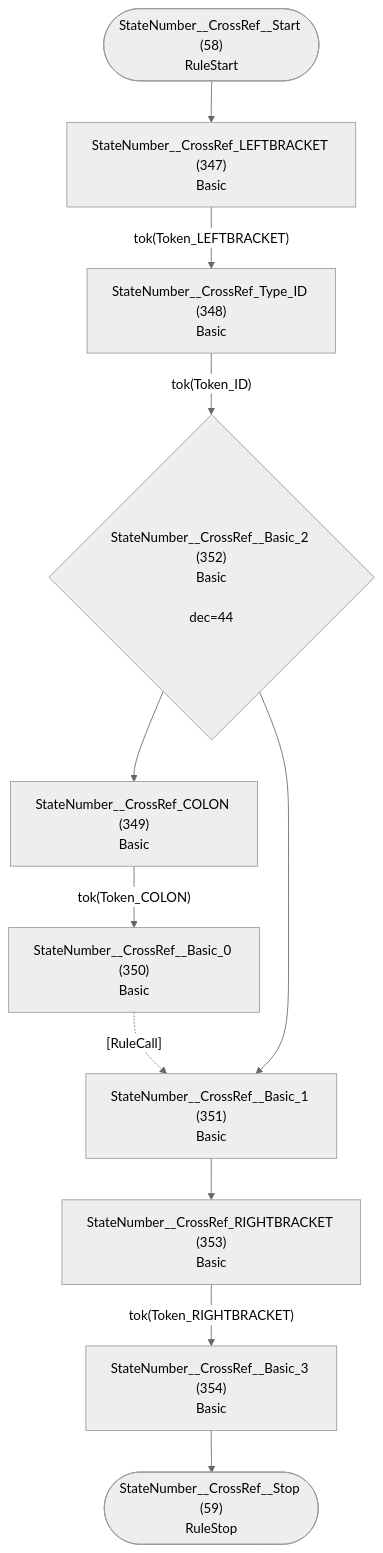
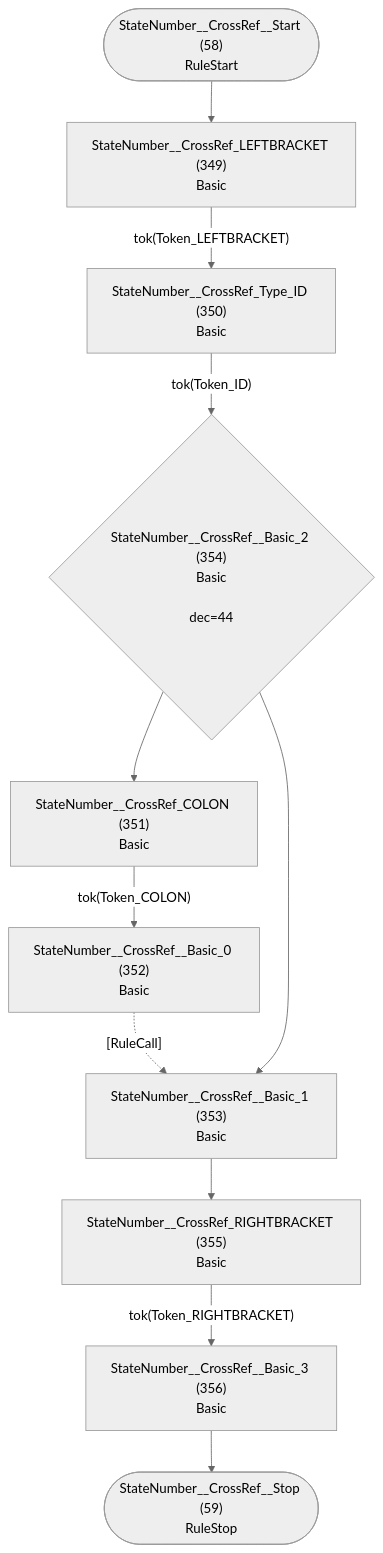
Diagram 30 of 36 in internal/grammar/atn.md (TypeFox/fastbelt), drawn with Mermaid (neutral theme) before and after one commit. The commit also changed other lines of this file and 11 other files, not shown here.

````diff
--- a/internal/grammar/atn.md
+++ b/internal/grammar/atn.md
@@ -907,24 +911,24 @@
 ```mermaid
 flowchart TD
     q58(["StateNumber__CrossRef__Start (58)<br/>RuleStart"])
     q59(["StateNumber__CrossRef__Stop (59)<br/>RuleStop"])
-    q347["StateNumber__CrossRef_LEFTBRACKET (347)<br/>Basic<br/>"]
-    q348["StateNumber__CrossRef_Type_ID (348)<br/>Basic<br/>"]
-    q349["StateNumber__CrossRef_COLON (349)<br/>Basic<br/>"]
-    q350["StateNumber__CrossRef__Basic_0 (350)<br/>Basic<br/>"]
-    q351["StateNumber__CrossRef__Basic_1 (351)<br/>Basic<br/>"]
-    q352{"StateNumber__CrossRef__Basic_2 (352)<br/>Basic<br/><br/>dec=44"}
-    q353["StateNumber__CrossRef_RIGHTBRACKET (353)<br/>Basic<br/>"]
-    q354["StateNumber__CrossRef__Basic_3 (354)<br/>Basic<br/>"]
+    q349["StateNumber__CrossRef_LEFTBRACKET (349)<br/>Basic<br/>"]
+    q350["StateNumber__CrossRef_Type_ID (350)<br/>Basic<br/>"]
+    q351["StateNumber__CrossRef_COLON (351)<br/>Basic<br/>"]
+    q352["StateNumber__CrossRef__Basic_0 (352)<br/>Basic<br/>"]
+    q353["StateNumber__CrossRef__Basic_1 (353)<br/>Basic<br/>"]
+    q354{"StateNumber__CrossRef__Basic_2 (354)<br/>Basic<br/><br/>dec=44"}
+    q355["StateNumber__CrossRef_RIGHTBRACKET (355)<br/>Basic<br/>"]
+    q356["StateNumber__CrossRef__Basic_3 (356)<br/>Basic<br/>"]
 
-    q58 --> q347
-    q347 -->|"tok(Token_LEFTBRACKET)"| q348
-    q348 -->|"tok(Token_ID)"| q352
-    q349 -->|"tok(Token_COLON)"| q350
-    q350 -.->|"[RuleCall]"| q351
-    q351 --> q353
-    q352 --> q349
-    q352 --> q351
-    q353 -->|"tok(Token_RIGHTBRACKET)"| q354
-    q354 --> q59
+    q58 --> q349
+    q349 -->|"tok(Token_LEFTBRACKET)"| q350
+    q350 -->|"tok(Token_ID)"| q354
+    q351 -->|"tok(Token_COLON)"| q352
+    q352 -.->|"[RuleCall]"| q353
+    q353 --> q355
+    q354 --> q351
+    q354 --> q353
+    q355 -->|"tok(Token_RIGHTBRACKET)"| q356
+    q356 --> q59
 ```
````
